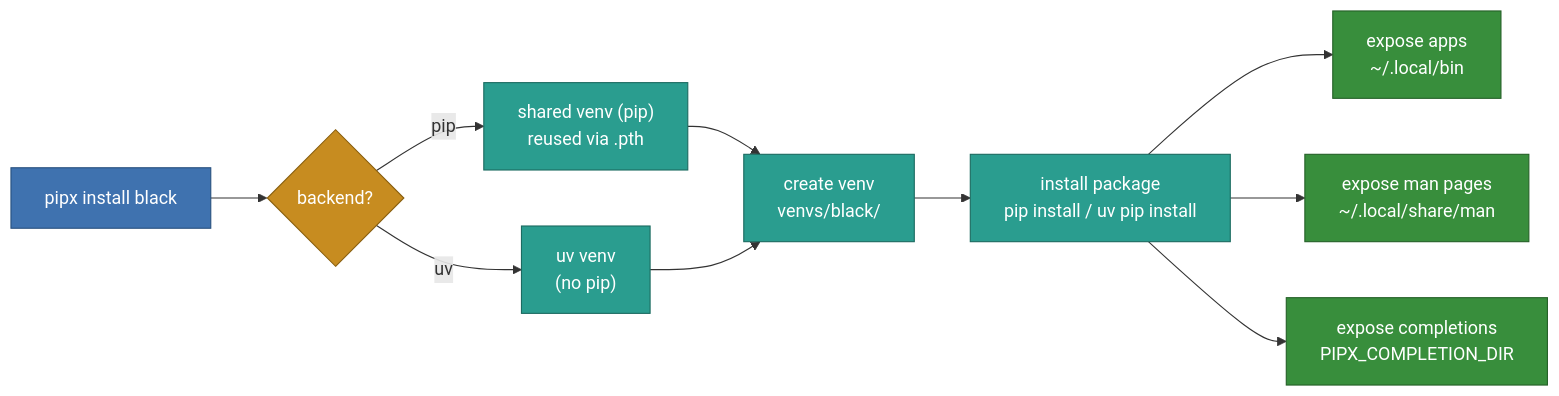
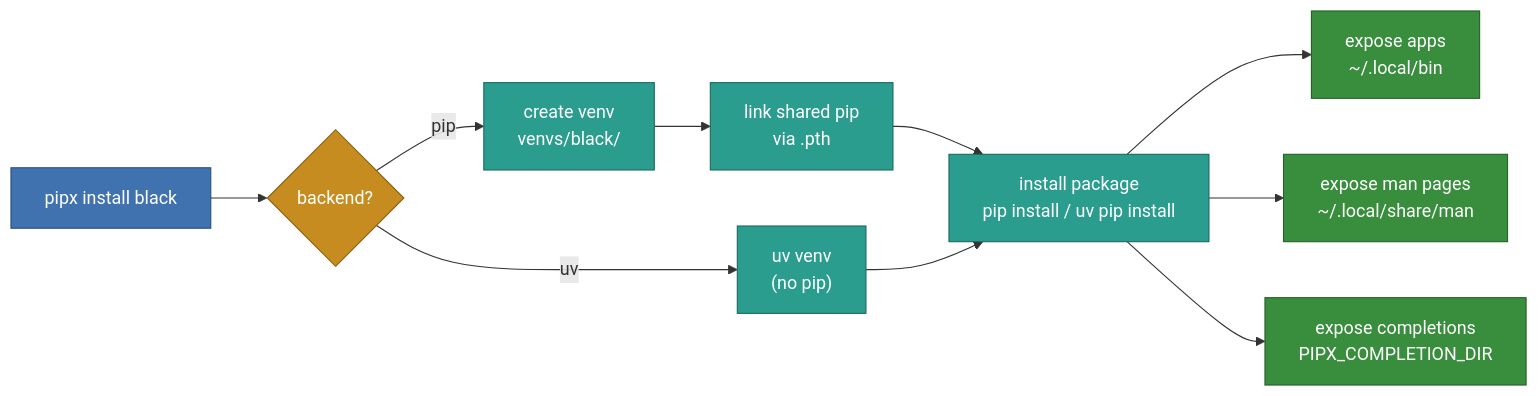
The first of 5 diagrams in docs/explanation/how-pipx-works.rst (pypa/pipx), drawn with Mermaid before and after one commit. The commit also changed other lines of this file and 29 other files, not shown here.

```diff
--- a/docs/explanation/how-pipx-works.rst
+++ b/docs/explanation/how-pipx-works.rst
@@ -45,21 +45,21 @@
 .. mermaid::
 
     flowchart LR
         A["pipx install black"] --> BK{"backend?"}
-        BK -- pip --> P["shared venv (pip)<br/>reused via .pth"]
+        BK -- pip --> C["create venv<br/>venvs/black/"]
         BK -- uv --> U["uv venv<br/>(no pip)"]
-        P --> C["create venv<br/>venvs/black/"]
-        U --> C
-        C --> D["install package<br/>pip install / uv pip install"]
+        C --> P["link shared pip<br/>via .pth"]
+        P --> D["install package<br/>pip install / uv pip install"]
+        U --> D
         D --> E["expose apps<br/>~/.local/bin"]
         D --> F["expose man pages<br/>~/.local/share/man"]
         D --> G["expose completions<br/>PIPX_COMPLETION_DIR"]
 
         classDef input fill:#3f72af,stroke:#28517f,color:#fff
         classDef decision fill:#c78c20,stroke:#8a6011,color:#fff
         classDef proc fill:#2a9d8f,stroke:#1c6b61,color:#fff
         classDef out fill:#388e3c,stroke:#256128,color:#fff
         class A input
         class BK decision
         class P,U,C,D proc
         class E,F,G out
```
